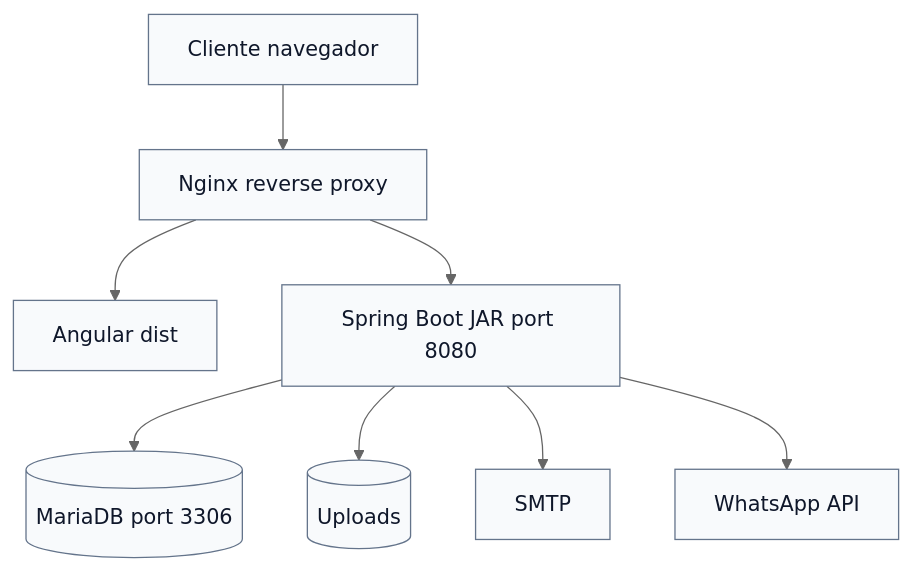
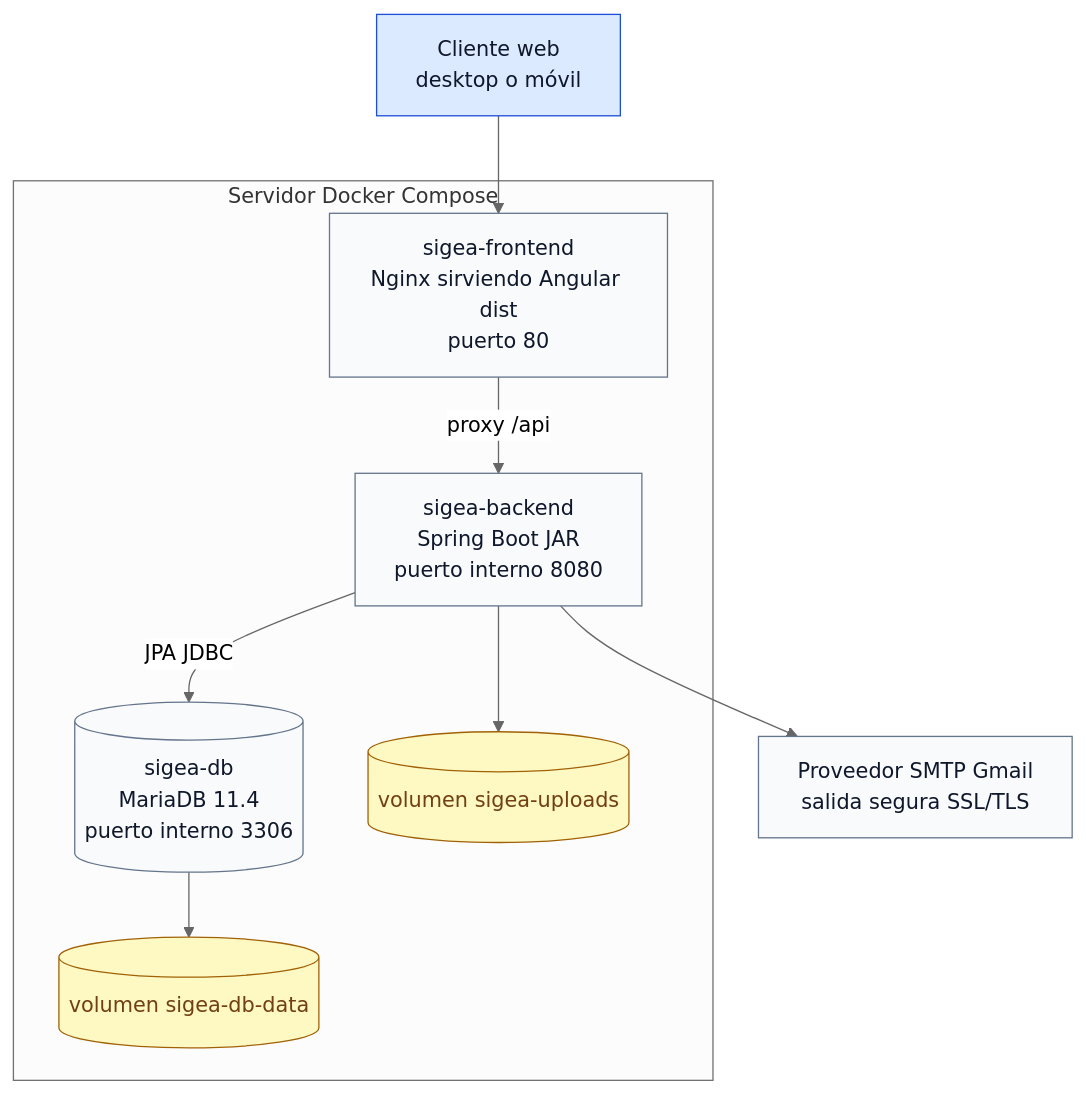
Before and after one commit to camilo146/SIGEA: diagram 11 of 11 in docs/sigea-diagramas-fuentes.md, drawn with Mermaid (neutral theme). The commit also changed other lines of this file and 20 other files, not shown here.

````diff
--- a/docs/sigea-diagramas-fuentes.md
+++ b/docs/sigea-diagramas-fuentes.md
@@ -340,21 +624,25 @@
 ```mermaid
 flowchart TB
     classDef node fill:#f8fafc,stroke:#64748b,color:#0f172a
+    classDef host fill:#dbeafe,stroke:#1d4ed8,color:#0f172a
+    classDef vol fill:#fef9c3,stroke:#a16207,color:#713f12
 
-    C[Cliente navegador]:::node
-    N[Nginx reverse proxy]:::node
-    A[Angular dist]:::node
-    B[Spring Boot JAR port 8080]:::node
-    D[(MariaDB port 3306)]:::node
-    U[(Uploads)]:::node
-    S[SMTP]:::node
-    W[WhatsApp API]:::node
+    USER[Cliente web<br/>desktop o móvil]:::host
 
-    C --> N
-    N --> A
-    N --> B
-    B --> D
-    B --> U
-    B --> S
-    B --> W
+    subgraph HOST[Servidor Docker Compose]
+        FE[sigea-frontend<br/>Nginx sirviendo Angular dist<br/>puerto 80]:::node
+        BE[sigea-backend<br/>Spring Boot JAR<br/>puerto interno 8080]:::node
+        DB[(sigea-db<br/>MariaDB 11.4<br/>puerto interno 3306)]:::node
+        VDB[(volumen sigea-db-data)]:::vol
+        VUP[(volumen sigea-uploads)]:::vol
+    end
+
+    SMTP[Proveedor SMTP Gmail<br/>salida segura SSL/TLS]:::node
+
+    USER --> FE
+    FE -->|proxy /api| BE
+    BE -->|JPA JDBC| DB
+    DB --> VDB
+    BE --> VUP
+    BE --> SMTP
 ```
````
